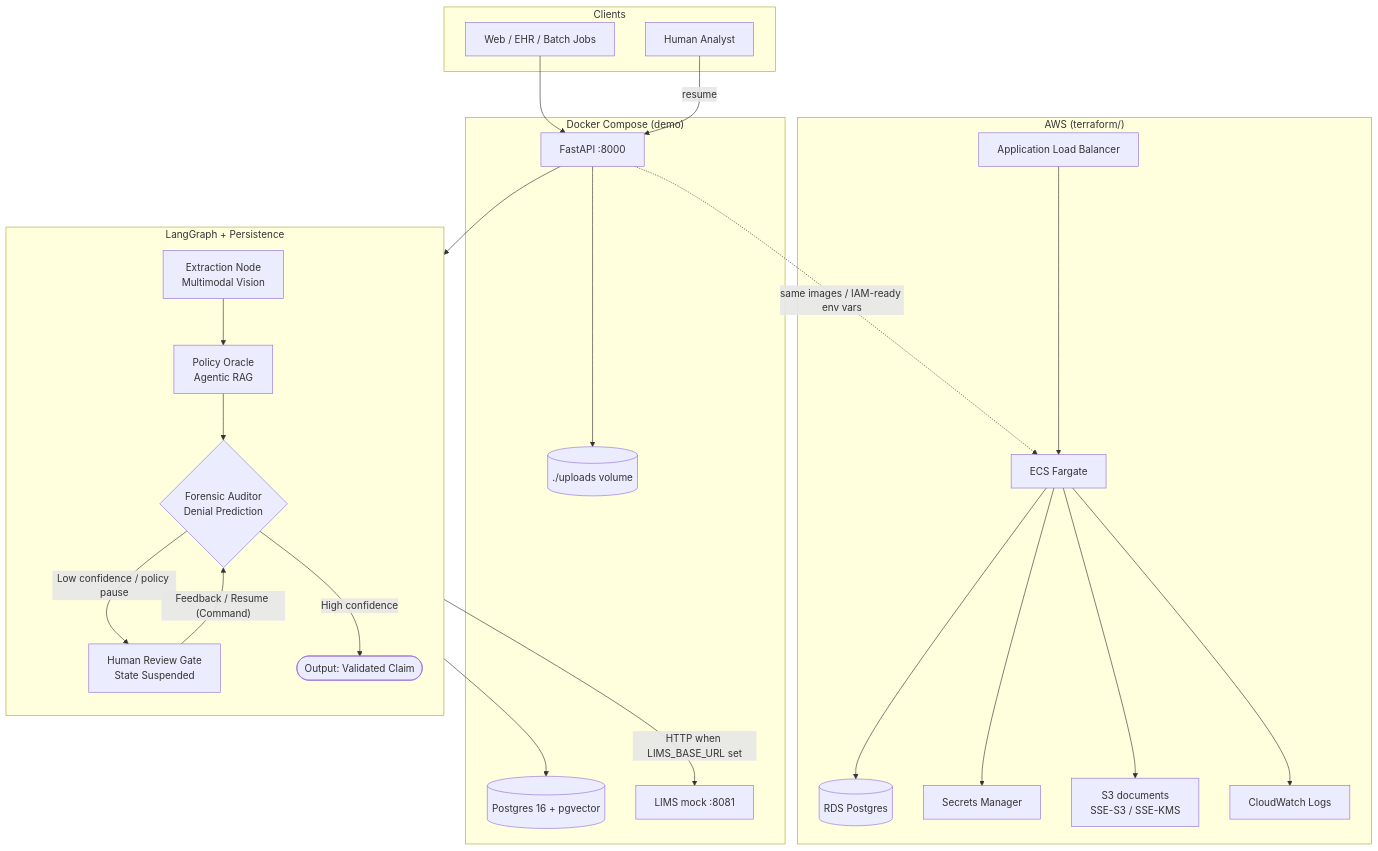
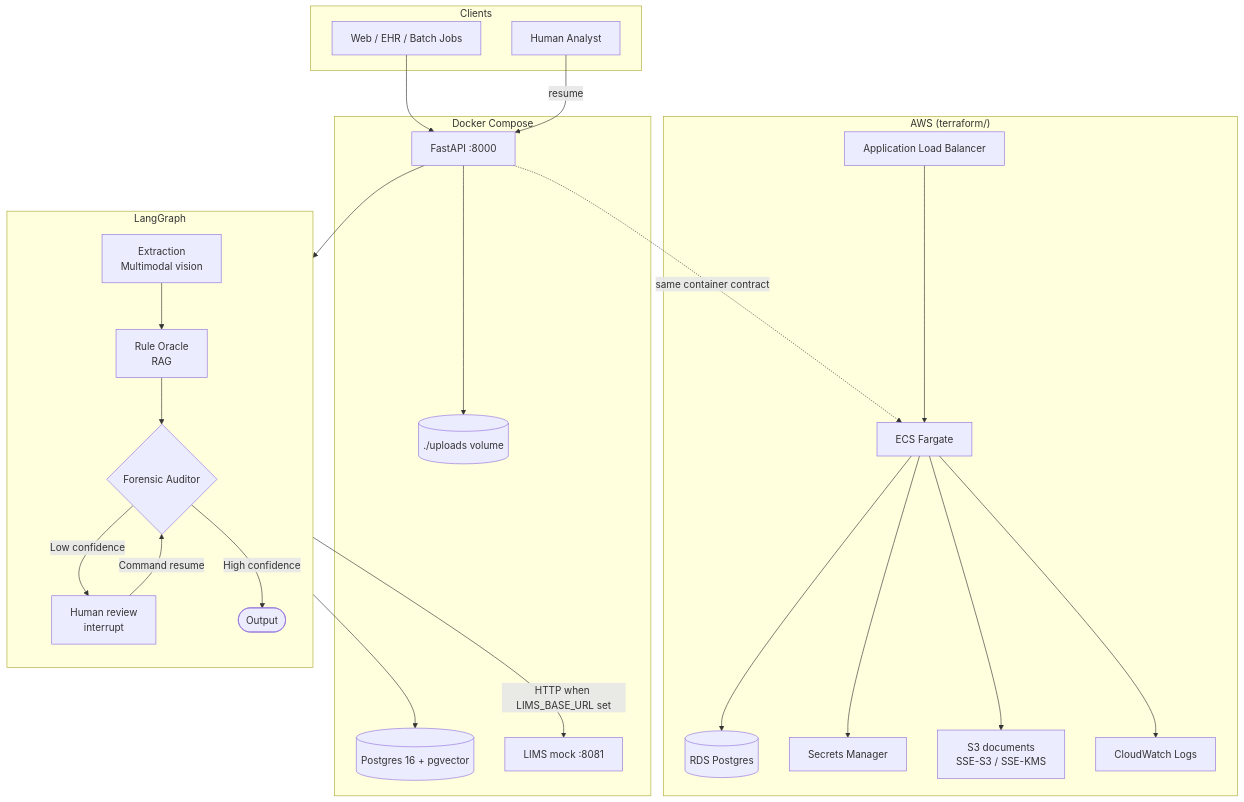
The first of 2 diagrams in README.md (pvenkata-tech/the-rcm-guardian), drawn with Mermaid before and after one commit. The commit also changed other lines of this file and 6 other files, not shown here.

First line of the commit message:
feat: auditor PA-gap schema, Grafana dashboard, production README

````diff
--- a/README.md
+++ b/README.md
@@ -62,50 +54,50 @@
 ```mermaid
 flowchart TB
     subgraph Clients
         UI[Web / EHR / Batch Jobs]
         Analyst[Human Analyst]
     end
 
-    subgraph AWS_Discussion["AWS (terraform/)"]
+    subgraph AWS["AWS (terraform/)"]
         ECS[ECS Fargate]
         ALB[Application Load Balancer]
         RDS[(RDS Postgres)]
         SM[Secrets Manager]
         S3[S3 documents<br/>SSE-S3 / SSE-KMS]
         CW[CloudWatch Logs]
         ALB --> ECS
         ECS --> RDS
         ECS --> SM
         ECS --> S3
         ECS --> CW
     end
 
-    subgraph Docker_Local["Docker Compose (demo)"]
+    subgraph Docker_Local["Docker Compose"]
         API[FastAPI :8000]
         PG[(Postgres 16 + pgvector)]
         LIMS[LIMS mock :8081]
         VOL[(./uploads volume)]
     end
 
-    subgraph Orchestration["LangGraph + Persistence"]
+    subgraph Orchestration["LangGraph"]
         direction TB
-        EX[Extraction Node<br/>Multimodal Vision]
-        RO[Policy Oracle<br/>Agentic RAG]
-        FA{Forensic Auditor<br/>Denial Prediction}
-        HITL[Human Review Gate<br/>State Suspended]
-        OUT([Output: Validated Claim])
+        EX[Extraction<br/>Multimodal vision]
+        RO[Rule Oracle<br/>RAG]
+        FA{Forensic Auditor}
+        HITL[Human review<br/>interrupt]
+        OUT([Output])
         EX --> RO
         RO --> FA
-        FA -->|Low confidence / policy pause| HITL
-        HITL -->|"Feedback / Resume (Command)"| FA
+        FA -->|Low confidence| HITL
+        HITL -->|Command resume| FA
         FA -->|High confidence| OUT
     end
 
     UI --> API
     Analyst -->|resume| API
     API --> EX
     RO --> PG
     FA -->|HTTP when LIMS_BASE_URL set| LIMS
     API --> VOL
-    API -.->|same images / IAM-ready env vars| ECS
+    API -.->|same container contract| ECS
 ```
````
